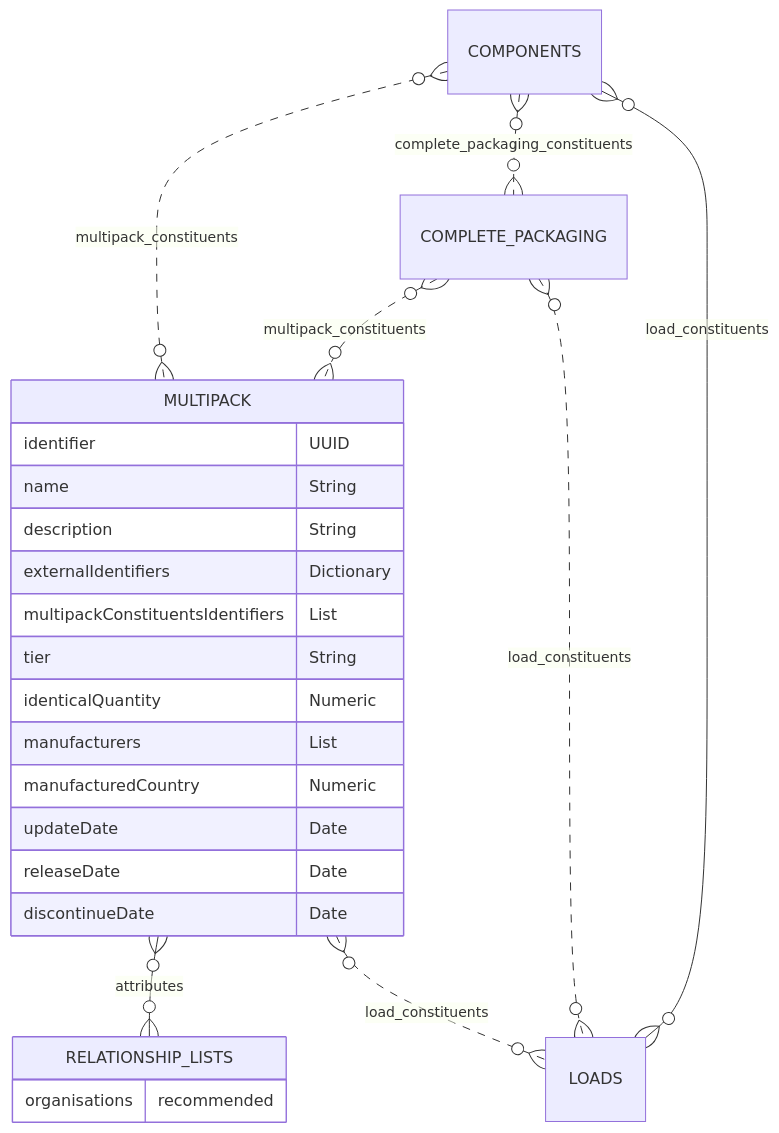
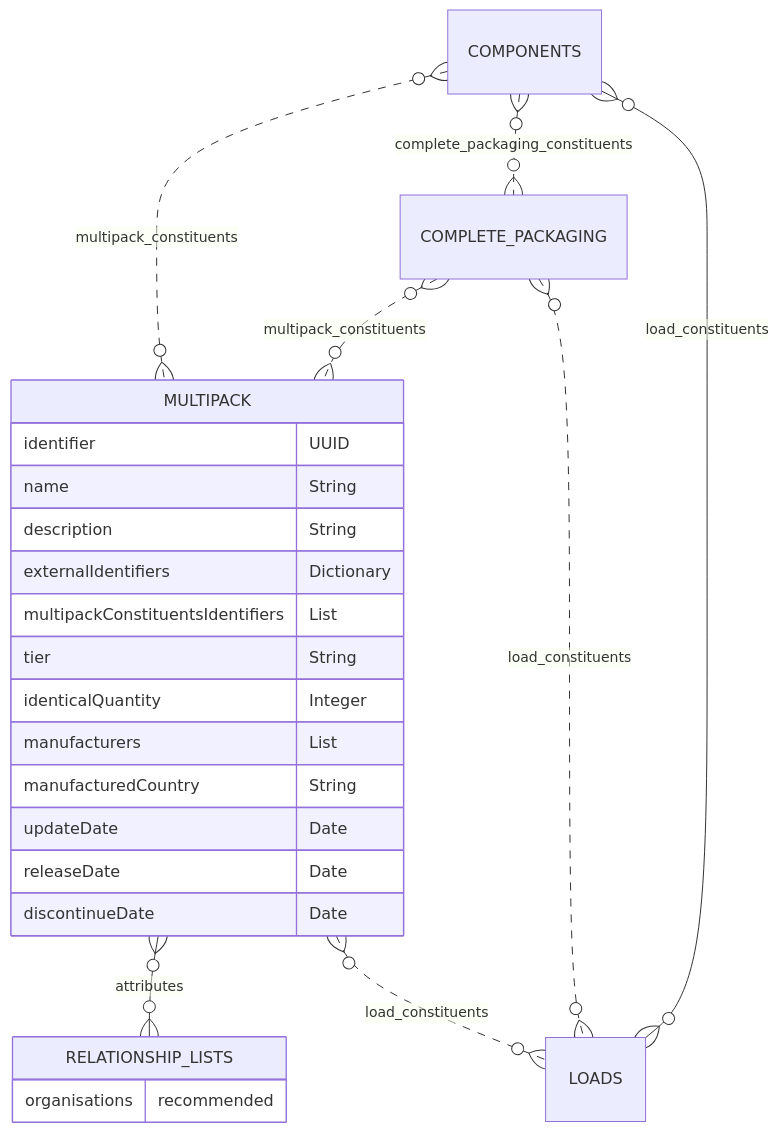
One commit to OpenDataManchester/Open3P changed the diagram in docs/3_Data_Specification/3_5_Multipack.md. Above: the diagram before and after it, drawn with Mermaid. The commit also changed other lines of this file, not shown here.

Commit message:
Changed Numeric format in Multipacks

````diff
--- a/docs/3_Data_Specification/3_5_Multipack.md
+++ b/docs/3_Data_Specification/3_5_Multipack.md
@@ -30,27 +30,27 @@
 ``` mermaid
 erDiagram
 COMPONENTS }o..o{ MULTIPACK : multipack_constituents
 COMPONENTS }o..o{ COMPLETE_PACKAGING : complete_packaging_constituents
 COMPLETE_PACKAGING }o..o{ MULTIPACK : multipack_constituents
   MULTIPACK {
     identifier UUID
     name String
     description String
     externalIdentifiers Dictionary
     multipackConstituentsIdentifiers List
     tier String
-    identicalQuantity Numeric
+    identicalQuantity Integer
     manufacturers List
-    manufacturedCountry Numeric
+    manufacturedCountry String
     updateDate Date
     releaseDate Date
     discontinueDate Date
   }
   MULTIPACK }o--o{ RELATIONSHIP_LISTS : attributes
   COMPLETE_PACKAGING }o..o{ LOADS : load_constituents
   MULTIPACK }o..o{ LOADS : load_constituents
   COMPONENTS }o--o{ LOADS : load_constituents
       RELATIONSHIP_LISTS {
         organisations recommended
     }
 ```
````
